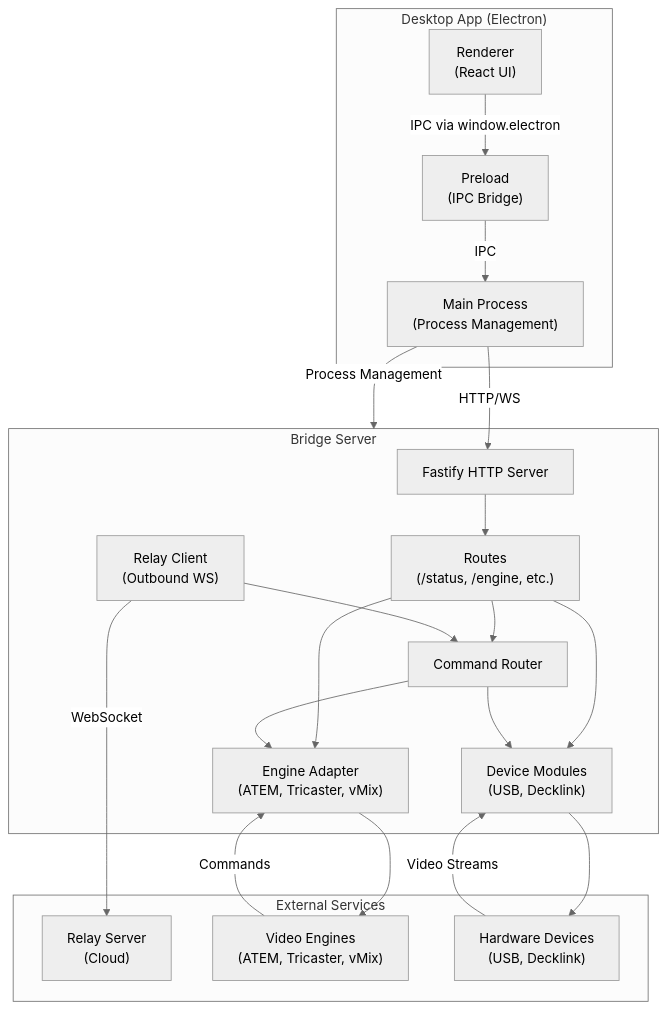
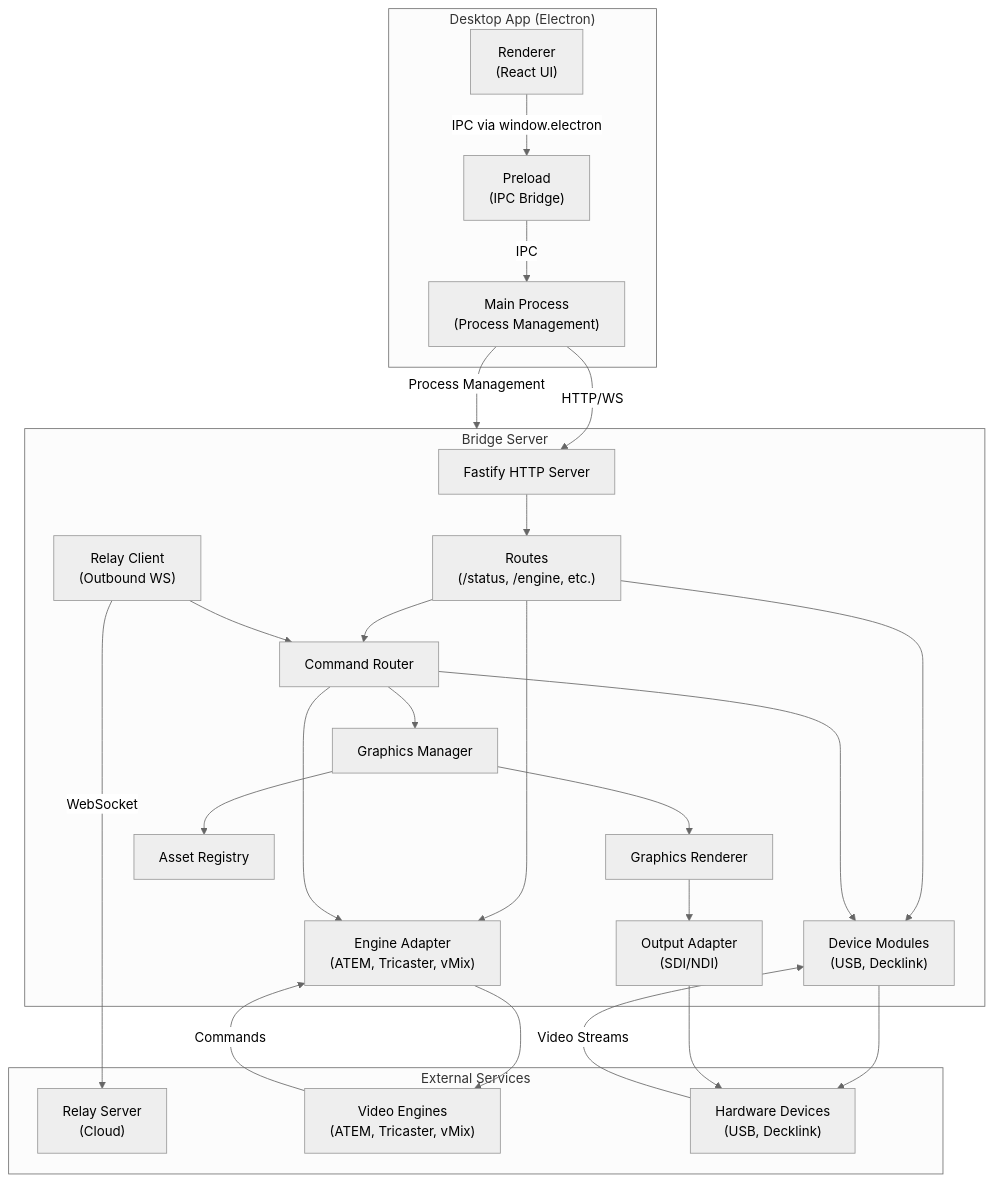
The first of 9 diagrams in docs/BRIDGE_ARCHITECTURE.md (pivotrecruiting/broadify-bridge), drawn with Mermaid (neutral theme) before and after one commit. The commit also changed other lines of this file and 7 other files, not shown here.

````diff
--- a/docs/BRIDGE_ARCHITECTURE.md
+++ b/docs/BRIDGE_ARCHITECTURE.md
@@ -104,44 +108,53 @@
 ```mermaid
 graph TB
     subgraph Desktop["Desktop App (Electron)"]
         Renderer["Renderer<br/>(React UI)"]
         Preload["Preload<br/>(IPC Bridge)"]
         Main["Main Process<br/>(Process Management)"]
     end
 
     subgraph Bridge["Bridge Server"]
         Fastify["Fastify HTTP Server"]
         Routes["Routes<br/>(/status, /engine, etc.)"]
         Modules["Device Modules<br/>(USB, Decklink)"]
         EngineAdapter["Engine Adapter<br/>(ATEM, Tricaster, vMix)"]
+        GraphicsManager["Graphics Manager"]
+        GraphicsRenderer["Graphics Renderer"]
+        OutputAdapter["Output Adapter<br/>(SDI/NDI)"]
+        AssetRegistry["Asset Registry"]
         RelayClient["Relay Client<br/>(Outbound WS)"]
         CommandRouter["Command Router"]
     end
 
     subgraph External["External Services"]
         Relay["Relay Server<br/>(Cloud)"]
         Engines["Video Engines<br/>(ATEM, Tricaster, vMix)"]
         Devices["Hardware Devices<br/>(USB, Decklink)"]
     end
 
     Renderer -->|IPC via window.electron| Preload
     Preload -->|IPC| Main
     Main -->|HTTP/WS| Fastify
     Main -->|Process Management| Bridge
 
     Fastify --> Routes
     Routes --> Modules
     Routes --> EngineAdapter
     Routes --> CommandRouter
 
     RelayClient -->|WebSocket| Relay
     RelayClient --> CommandRouter
     CommandRouter --> EngineAdapter
     CommandRouter --> Modules
+    CommandRouter --> GraphicsManager
+    GraphicsManager --> GraphicsRenderer
+    GraphicsManager --> AssetRegistry
+    GraphicsRenderer --> OutputAdapter
 
     Modules --> Devices
     EngineAdapter --> Engines
+    OutputAdapter --> Devices
 
     Engines -->|Commands| EngineAdapter
     Devices -->|Video Streams| Modules
 ```
````
